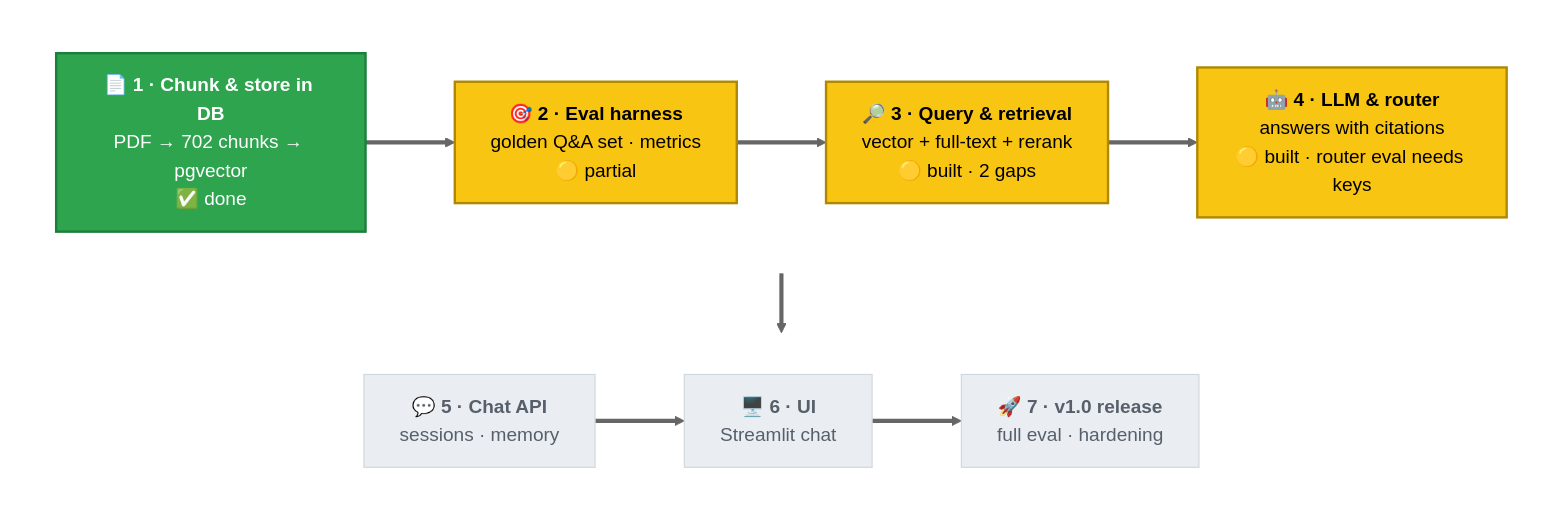
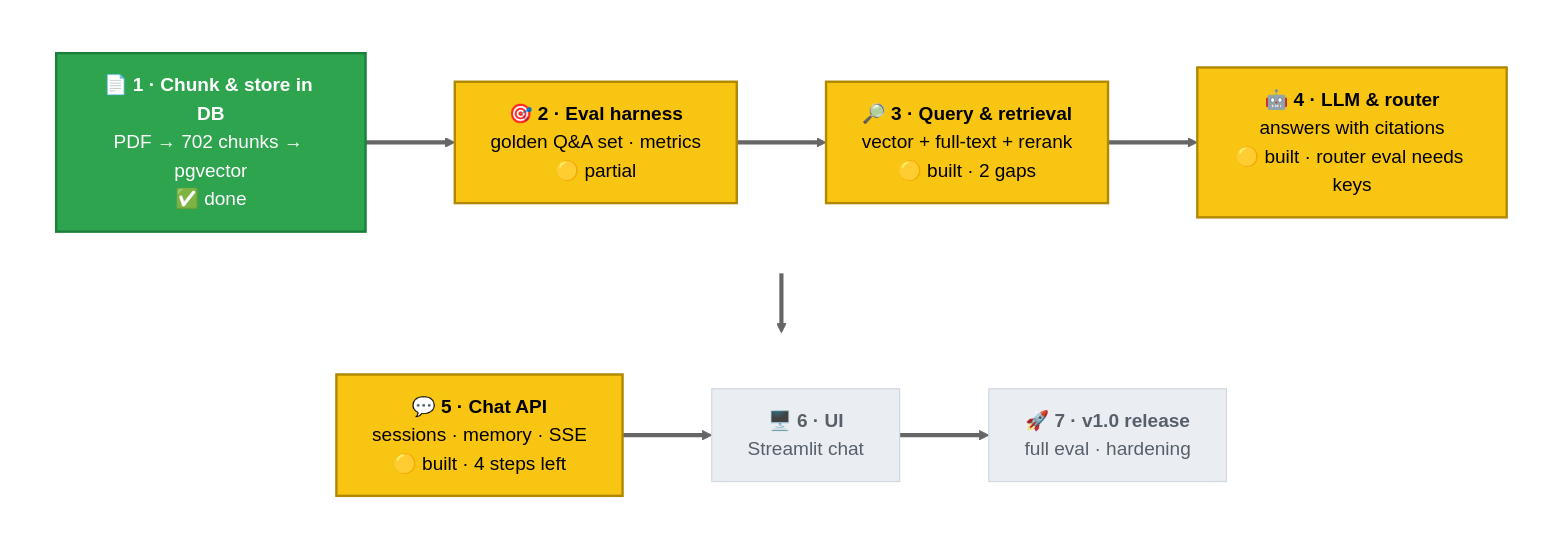
Before and after one commit to sshubham07/anuchhed-ai: the diagram in docs/diagrams/roadmap.mmd, drawn with Mermaid (neutral theme). The commit also changed 50 other files, not shown here.

```diff
--- a/docs/diagrams/roadmap.mmd
+++ b/docs/diagrams/roadmap.mmd
@@ -1,15 +1,15 @@
 flowchart TB
     subgraph ROW1 [" "]
         direction LR
         P1["📄 <b>1 · Chunk & store in DB</b><br/>PDF → 702 chunks → pgvector<br/>✅ done"]:::done ==> P2["🎯 <b>2 · Eval harness</b><br/>golden Q&A set · metrics<br/>🟡 partial"]:::next ==> P3["🔎 <b>3 · Query & retrieval</b><br/>vector + full-text + rerank<br/>🟡 built · 2 gaps"]:::next ==> P4["🤖 <b>4 · LLM & router</b><br/>answers with citations<br/>🟡 built · router eval needs keys"]:::next
     end
     subgraph ROW2 [" "]
         direction LR
-        P5["💬 <b>5 · Chat API</b><br/>sessions · memory"]:::todo ==> P6["🖥️ <b>6 · UI</b><br/>Streamlit chat"]:::todo ==> P7["🚀 <b>7 · v1.0 release</b><br/>full eval · hardening"]:::todo
+        P5["💬 <b>5 · Chat API</b><br/>sessions · memory · SSE<br/>🟡 built · 4 steps left"]:::next ==> P6["🖥️ <b>6 · UI</b><br/>Streamlit chat"]:::todo ==> P7["🚀 <b>7 · v1.0 release</b><br/>full eval · hardening"]:::todo
     end
     ROW1 ==> ROW2
     classDef done fill:#2ea44f,color:#fff,stroke:#1b7f3b,stroke-width:2px
     classDef next fill:#f9c513,color:#000,stroke:#b08800,stroke-width:2px
     classDef todo fill:#eaeef2,color:#57606a,stroke:#d0d7de
     style ROW1 fill:none,stroke:none
     style ROW2 fill:none,stroke:none
```
